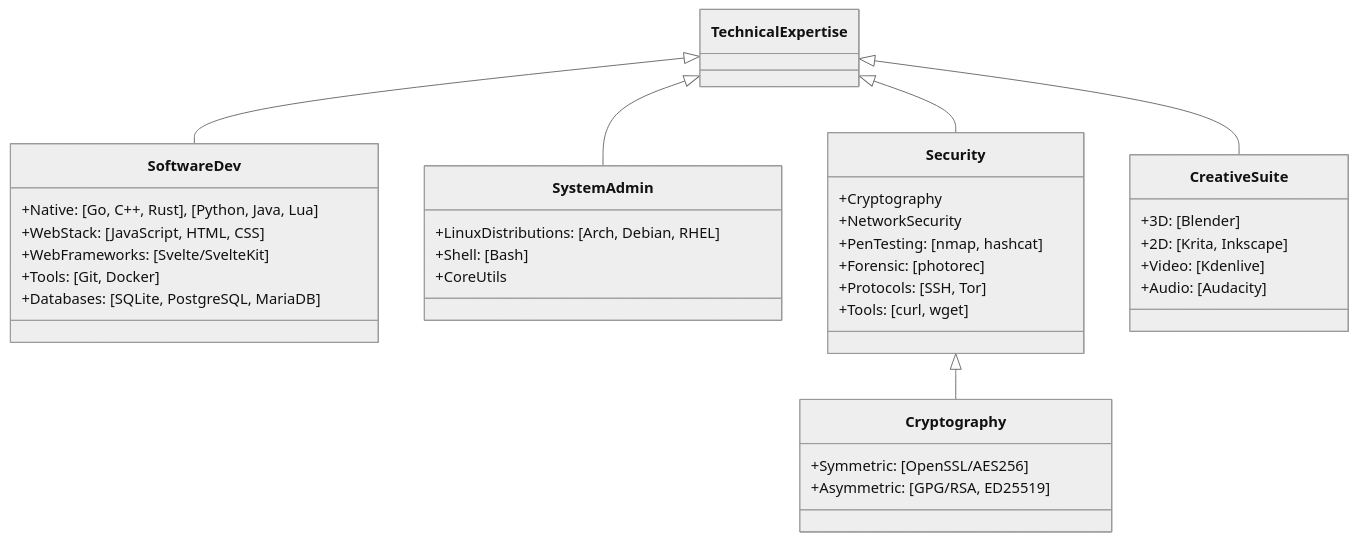
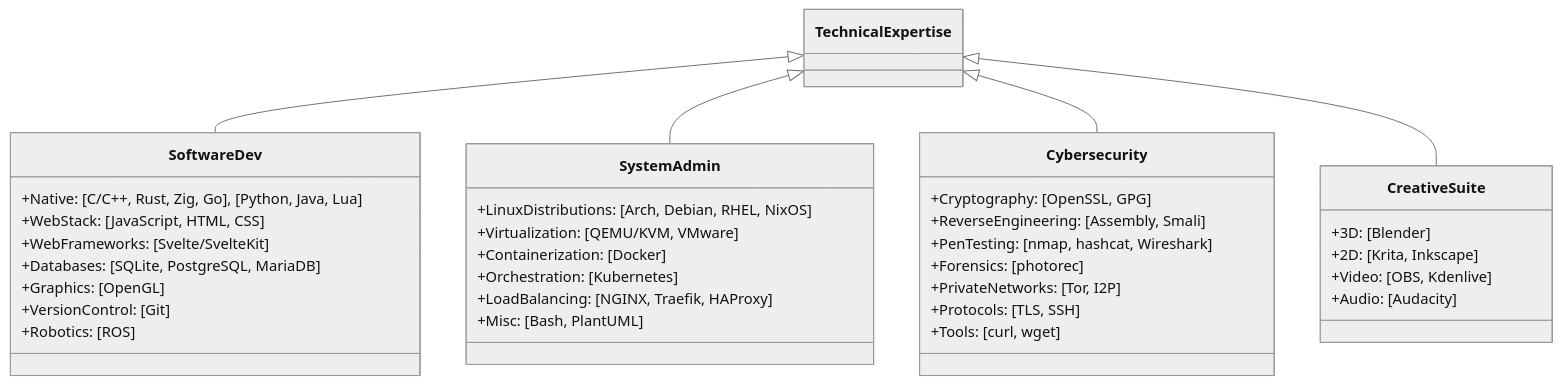
Before and after one commit to yuuhikaze/yuuhikaze.github.io: the diagram in src/technical-expertise/diagram.mmd, drawn with Mermaid. The commit also changed 8 other files, not shown here.

Commit message:
feat: updates curriculum vitae and technologies diagram

```diff
--- a/src/technical-expertise/diagram.mmd
+++ b/src/technical-expertise/diagram.mmd
@@ -1,43 +1,43 @@
 %%{init: {'theme': 'neutral'}}%%
 classDiagram
     TechnicalExpertise <|-- SoftwareDev
     TechnicalExpertise <|-- SystemAdmin
-    TechnicalExpertise <|-- Security
+    TechnicalExpertise <|-- Cybersecurity
     TechnicalExpertise <|-- CreativeSuite
 
     class SoftwareDev{
-        +Native: [Go, C++, Rust], [Python, Java, Lua]
+        +Native: [C/C++, Rust, Zig, Go], [Python, Java, Lua]
         +WebStack: [JavaScript, HTML, CSS]
         +WebFrameworks: [Svelte/SvelteKit]
-        +Tools: [Git, Docker]
         +Databases: [SQLite, PostgreSQL, MariaDB]
+        +Graphics: [OpenGL]
+        +VersionControl: [Git]
+        +Robotics: [ROS]
     }
 
     class SystemAdmin{
-        +LinuxDistributions: [Arch, Debian, RHEL]
-        +Shell: [Bash]
-        +CoreUtils
+        +LinuxDistributions: [Arch, Debian, RHEL, NixOS]
+        +Virtualization: [QEMU/KVM, VMware]
+        +Containerization: [Docker]
+        +Orchestration: [Kubernetes]
+        +LoadBalancing: [NGINX, Traefik, HAProxy]
+        +Misc: [Bash, PlantUML]
         %% +AndroidTools
     }
 
-    class Security{
-        +Cryptography
-        +NetworkSecurity
-        +PenTesting: [nmap, hashcat]
-        +Forensic: [photorec]
-        +Protocols: [SSH, Tor]
+    class Cybersecurity{
+        +Cryptography: [OpenSSL, GPG]
+        +ReverseEngineering: [Assembly, Smali]
+        +PenTesting: [nmap, hashcat, Wireshark]
+        +Forensics: [photorec]
+        +PrivateNetworks: [Tor, I2P]
+        +Protocols: [TLS, SSH]
         +Tools: [curl, wget]
     }
 
     class CreativeSuite{
         +3D: [Blender]
         +2D: [Krita, Inkscape]
-        +Video: [Kdenlive]
+        +Video: [OBS, Kdenlive]
         +Audio: [Audacity]
     }
-
-    Security <|-- Cryptography
-    class Cryptography{
-        +Symmetric: [OpenSSL/AES256]
-        +Asymmetric: [GPG/RSA, ED25519]
-    }
```
